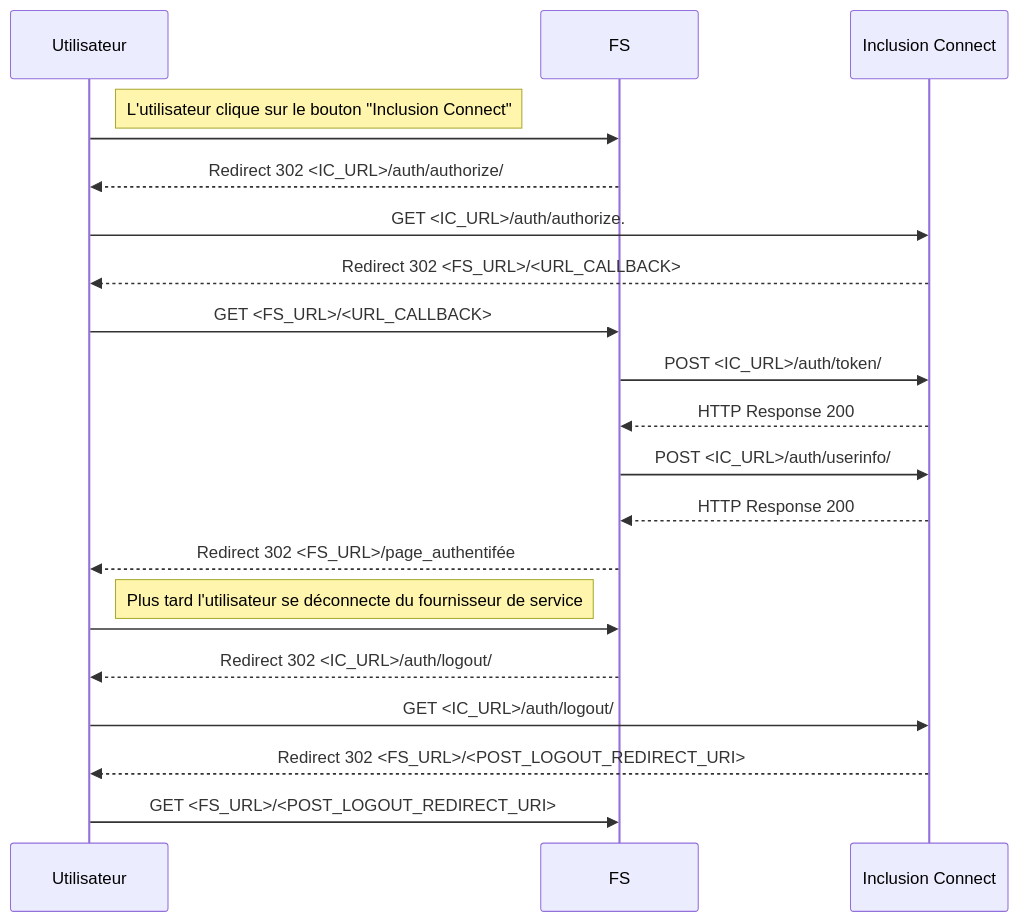
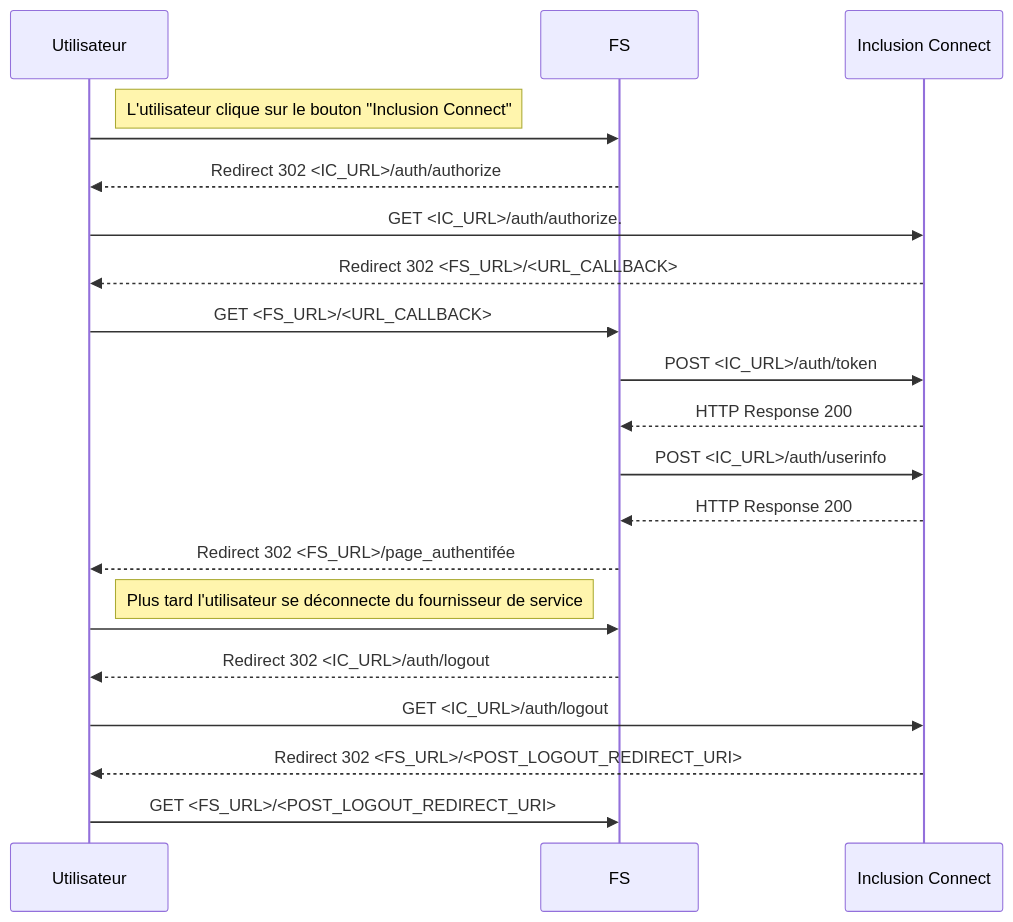
One commit to gip-inclusion/inclusion-connect changed the diagram in docs/inclusion_connect.md. Above: the diagram before and after it, drawn with Mermaid. The commit also changed other lines of this file and 4 other files, not shown here.

````diff
--- a/docs/inclusion_connect.md
+++ b/docs/inclusion_connect.md
@@ -35,20 +35,20 @@
 ```mermaid
 sequenceDiagram
 Note right of Utilisateur: L'utilisateur clique sur le bouton "Inclusion Connect"
 Utilisateur ->> FS: ;
-FS -->> Utilisateur: Redirect 302 <IC_URL>/auth/authorize/
+FS -->> Utilisateur: Redirect 302 <IC_URL>/auth/authorize
 Utilisateur ->> Inclusion Connect: GET <IC_URL>/auth/authorize.
 Inclusion Connect -->> Utilisateur: Redirect 302 <FS_URL>/<URL_CALLBACK>
 Utilisateur ->> FS: GET <FS_URL>/<URL_CALLBACK>
-FS ->> Inclusion Connect: POST <IC_URL>/auth/token/
+FS ->> Inclusion Connect: POST <IC_URL>/auth/token
 Inclusion Connect -->> FS: HTTP Response 200
-FS ->> Inclusion Connect: POST <IC_URL>/auth/userinfo/
+FS ->> Inclusion Connect: POST <IC_URL>/auth/userinfo
 Inclusion Connect -->> FS: HTTP Response 200
 FS -->> Utilisateur: Redirect 302 <FS_URL>/page_authentifée
 Note right of Utilisateur: Plus tard l'utilisateur se déconnecte du fournisseur de service
 Utilisateur ->> FS: ;
-FS -->> Utilisateur: Redirect 302 <IC_URL>/auth/logout/
-Utilisateur ->> Inclusion Connect: GET <IC_URL>/auth/logout/
+FS -->> Utilisateur: Redirect 302 <IC_URL>/auth/logout
+Utilisateur ->> Inclusion Connect: GET <IC_URL>/auth/logout
 Inclusion Connect -->> Utilisateur: Redirect 302 <FS_URL>/<POST_LOGOUT_REDIRECT_URI>
 Utilisateur ->> FS: GET <FS_URL>/<POST_LOGOUT_REDIRECT_URI>
 ```
````
